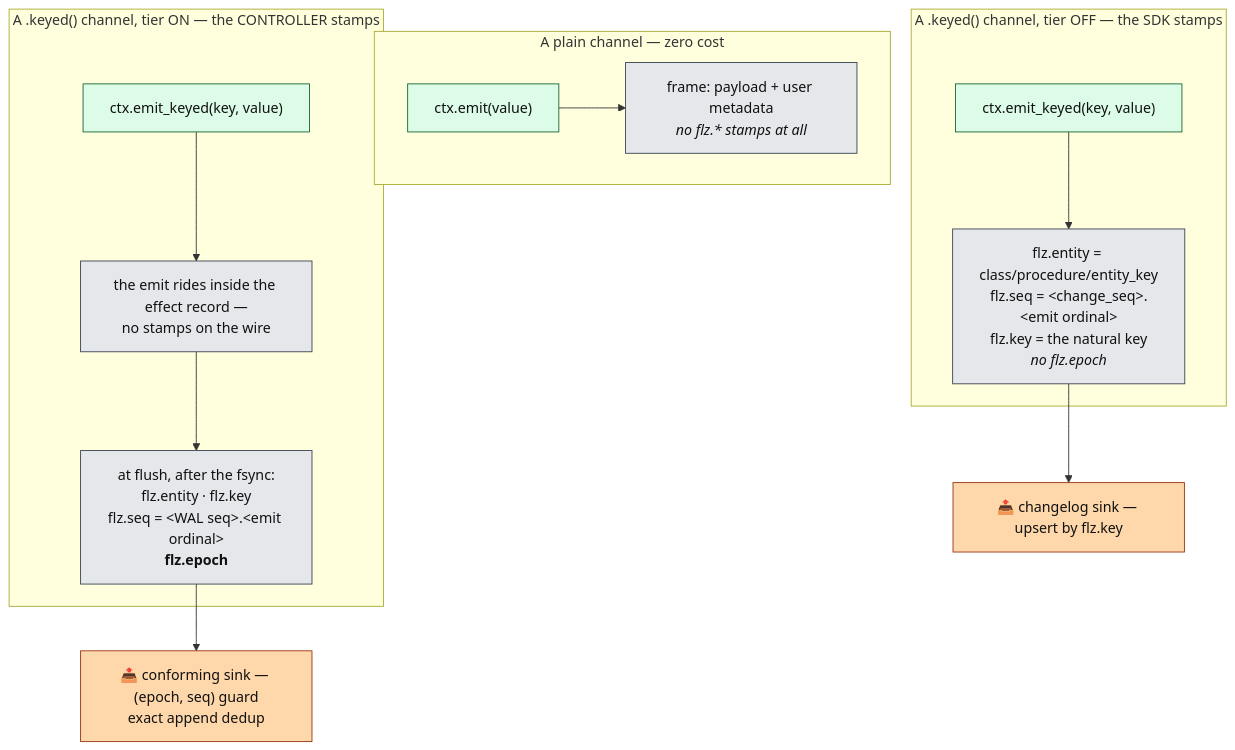
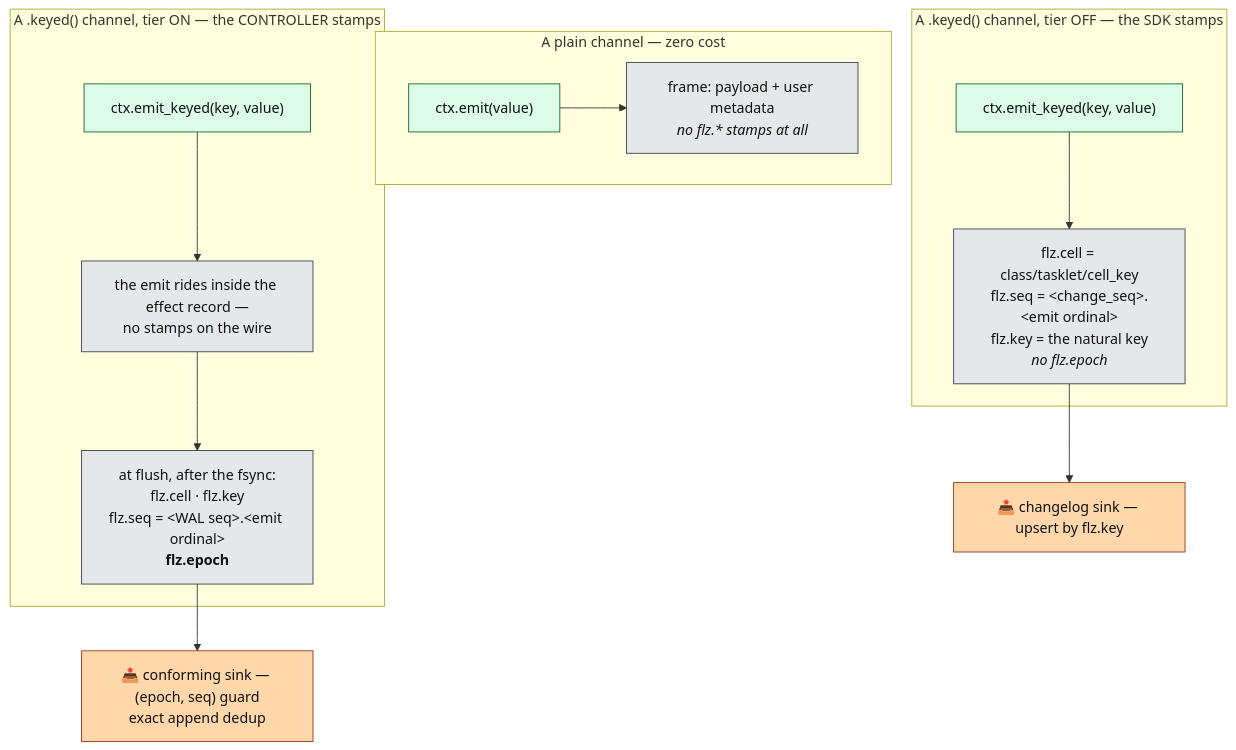
Before and after one commit to Flezha/flezha: the tenth of 17 diagrams in docs/architecture/kernel.md, drawn with Mermaid. The commit also changed other lines of this file and 604 other files, not shown here.

First line of the commit message:
Rename Procedure to Tasklet and Entity to Cell

````diff
--- a/docs/architecture/kernel.md
+++ b/docs/architecture/kernel.md
@@ -483,19 +483,19 @@
 ```mermaid
 flowchart TB
     subgraph NK["A plain channel — zero cost"]
         E1["ctx.emit(value)"]:::exec --> F1["frame: payload + user metadata<br/><i>no flz.* stamps at all</i>"]:::store
     end
     subgraph KOFF["A .keyed() channel, tier OFF — the SDK stamps"]
-        E2["ctx.emit_keyed(key, value)"]:::exec --> F2["flz.entity = class/procedure/entity_key<br/>flz.seq = &lt;change_seq&gt;.&lt;emit ordinal&gt;<br/>flz.key = the natural key<br/><i>no flz.epoch</i>"]:::store
+        E2["ctx.emit_keyed(key, value)"]:::exec --> F2["flz.cell = class/tasklet/cell_key<br/>flz.seq = &lt;change_seq&gt;.&lt;emit ordinal&gt;<br/>flz.key = the natural key<br/><i>no flz.epoch</i>"]:::store
     end
     subgraph KON["A .keyed() channel, tier ON — the CONTROLLER stamps"]
         E3["ctx.emit_keyed(key, value)"]:::exec --> R3["the emit rides inside the effect record —<br/>no stamps on the wire"]:::store
-        R3 --> F3["at flush, after the fsync:<br/>flz.entity · flz.key<br/>flz.seq = &lt;WAL seq&gt;.&lt;emit ordinal&gt;<br/><b>flz.epoch</b>"]:::store
+        R3 --> F3["at flush, after the fsync:<br/>flz.cell · flz.key<br/>flz.seq = &lt;WAL seq&gt;.&lt;emit ordinal&gt;<br/><b>flz.epoch</b>"]:::store
     end
     F2 --> SINK1["📤 changelog sink — upsert by flz.key"]:::sink
     F3 --> SINK2["📤 conforming sink — (epoch, seq) guard<br/>exact append dedup"]:::sink
 
     classDef exec fill:#dcfce7,stroke:#166534,color:#111
     classDef store fill:#e5e7eb,stroke:#374151,color:#111
     classDef sink fill:#fed7aa,stroke:#9a3412,color:#111
 ```
````
